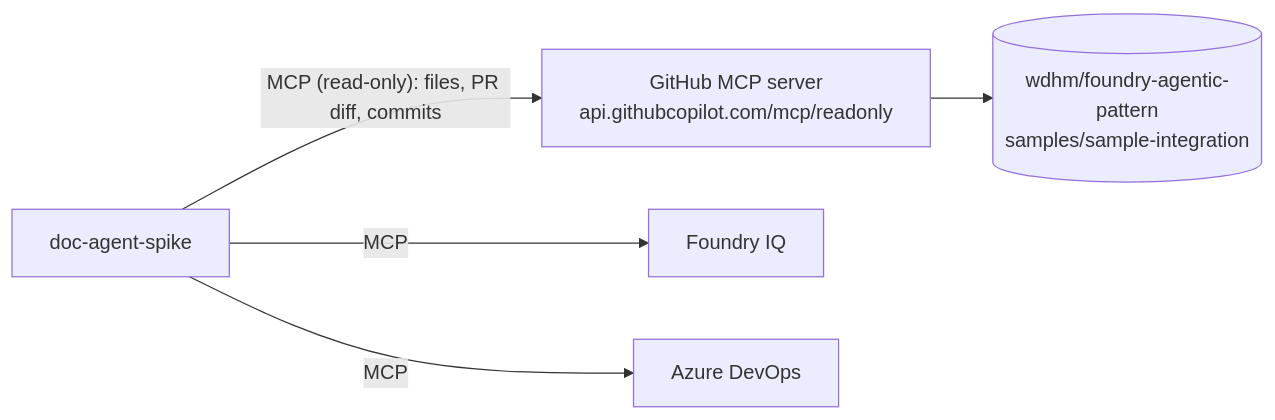
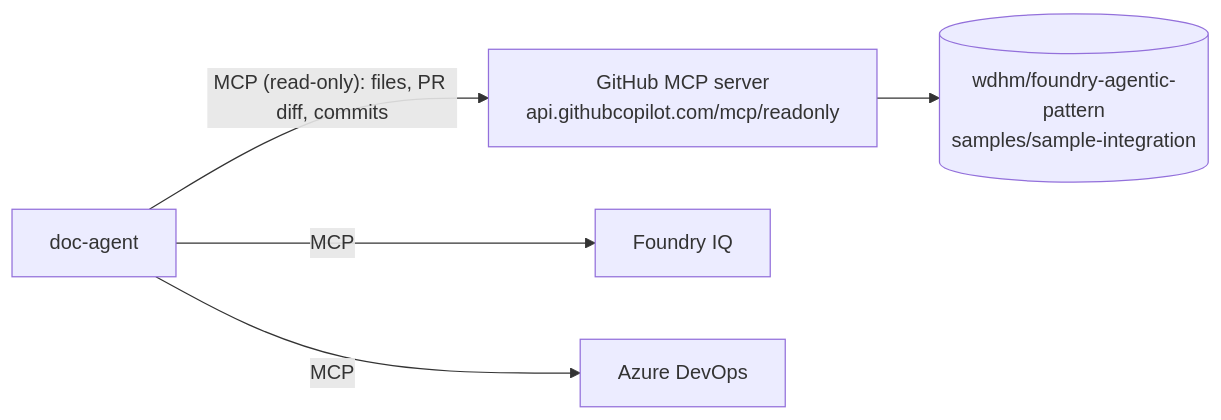
Before and after one commit to wdhm/foundry-agentic-pattern: the diagram in docs/workshop/github-mcp-guide.md, drawn with Mermaid. The commit also changed other lines of this file and 13 other files, not shown here.

First line of the commit message:
docs: demo P2 on prompt agent doc-agent instead of the spike

````diff
--- a/docs/workshop/github-mcp-guide.md
+++ b/docs/workshop/github-mcp-guide.md
@@ -16,7 +16,7 @@
 ```mermaid
 flowchart LR
-    A[doc-agent-spike] -- "MCP (read-only): files, PR diff, commits" --> GH[GitHub MCP server<br/>api.githubcopilot.com/mcp/readonly]
+    A[doc-agent] -- "MCP (read-only): files, PR diff, commits" --> GH[GitHub MCP server<br/>api.githubcopilot.com/mcp/readonly]
     GH --> R[(wdhm/foundry-agentic-pattern<br/>samples/sample-integration)]
     A -- MCP --> KB[Foundry IQ]
     A -- MCP --> ADO[Azure DevOps]
 ```
````
